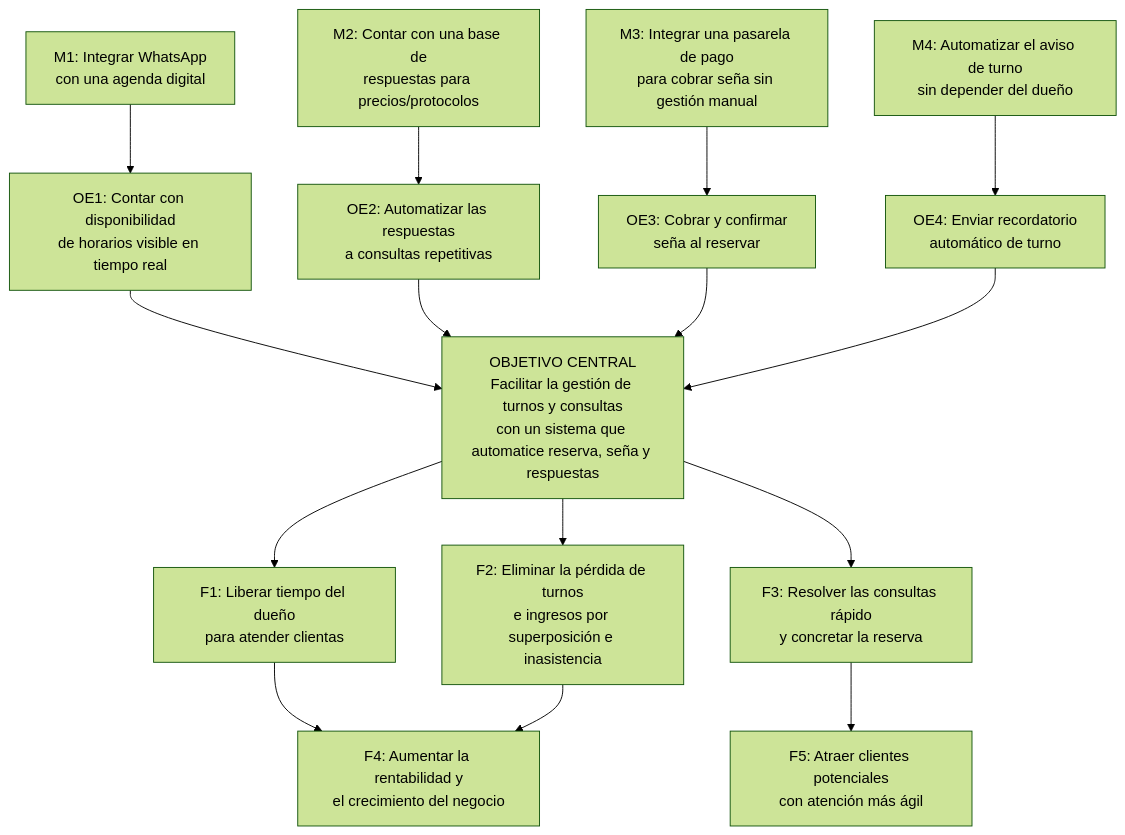
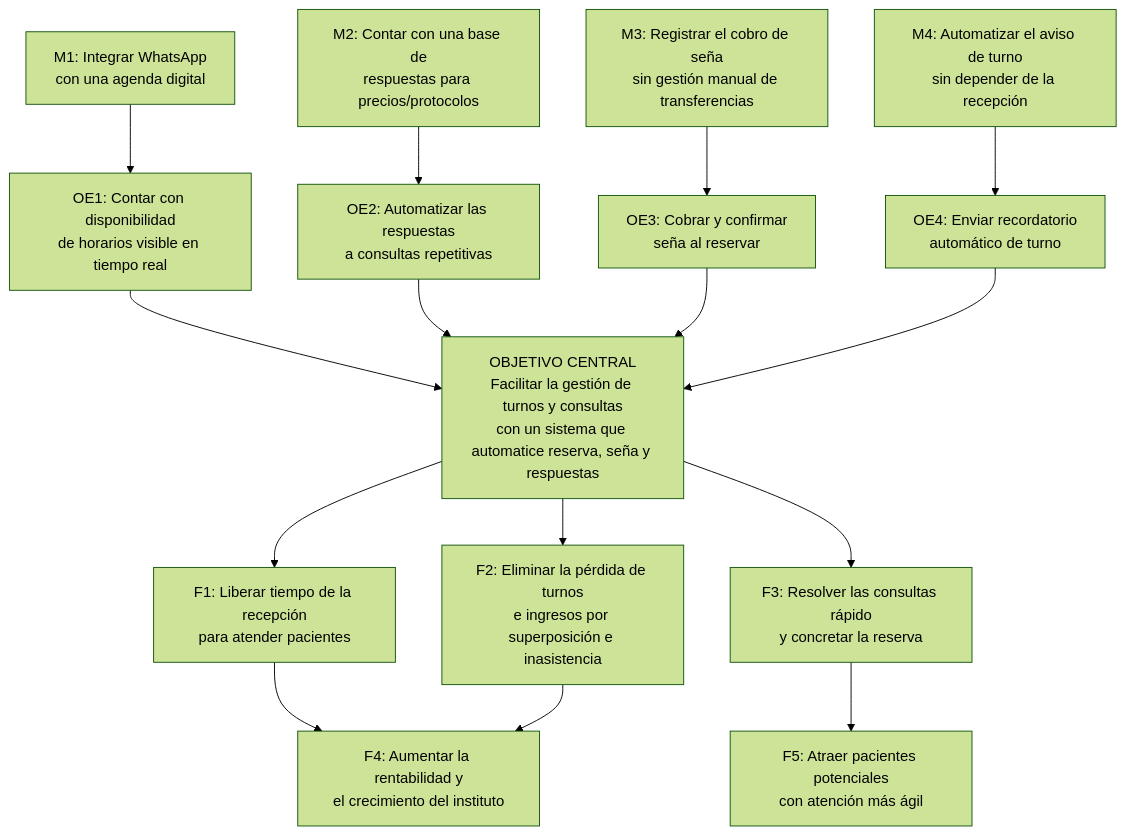
The diagram in docs/02-arbol-de-objetivos.md (sant1jmnz/Proyect-Berea-Clovis-Sanchez), drawn with Mermaid (forest theme) before and after one commit. The commit also changed other lines of this file and 9 other files, not shown here.

First line of the commit message:
Pivot a Dermalia, Instituto de Estética Médica: recepción, no self-service

````diff
--- a/docs/02-arbol-de-objetivos.md
+++ b/docs/02-arbol-de-objetivos.md
@@ -21,35 +21,35 @@
 ```mermaid
 flowchart TB
-    F4[F4: Aumentar la rentabilidad y<br/>el crecimiento del negocio]
-    F5[F5: Atraer clientes potenciales<br/>con atención más ágil]
-    F1[F1: Liberar tiempo del dueño<br/>para atender clientas]
+    F4[F4: Aumentar la rentabilidad y<br/>el crecimiento del instituto]
+    F5[F5: Atraer pacientes potenciales<br/>con atención más ágil]
+    F1[F1: Liberar tiempo de la recepción<br/>para atender pacientes]
     F2[F2: Eliminar la pérdida de turnos<br/>e ingresos por superposición e inasistencia]
     F3[F3: Resolver las consultas rápido<br/>y concretar la reserva]
 
     O["OBJETIVO CENTRAL<br/>Facilitar la gestión de turnos y consultas<br/>con un sistema que automatice reserva, seña y respuestas"]
 
     OE1[OE1: Contar con disponibilidad<br/>de horarios visible en tiempo real]
     OE2[OE2: Automatizar las respuestas<br/>a consultas repetitivas]
     OE3[OE3: Cobrar y confirmar<br/>seña al reservar]
     OE4[OE4: Enviar recordatorio<br/>automático de turno]
 
     M1[M1: Integrar WhatsApp<br/>con una agenda digital]
     M2[M2: Contar con una base de<br/>respuestas para precios/protocolos]
-    M3[M3: Integrar una pasarela de pago<br/>para cobrar seña sin gestión manual]
-    M4[M4: Automatizar el aviso de turno<br/>sin depender del dueño]
+    M3[M3: Registrar el cobro de seña<br/>sin gestión manual de transferencias]
+    M4[M4: Automatizar el aviso de turno<br/>sin depender de la recepción]
 
     F1 --> F4
     F2 --> F4
     F3 --> F5
     O --> F1
     O --> F2
     O --> F3
     OE1 --> O
     OE2 --> O
     OE3 --> O
     OE4 --> O
     M1 --> OE1
     M2 --> OE2
     M3 --> OE3
     M4 --> OE4
 ```
````
